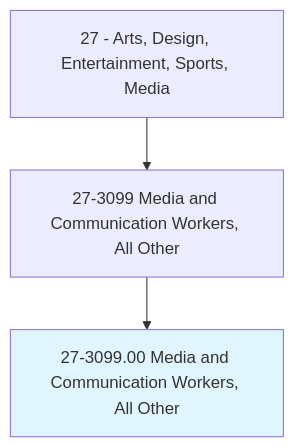
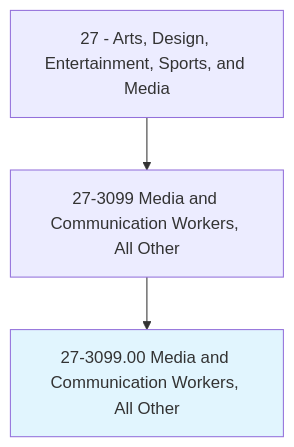
Before and after one commit to kziemski/business.org.ai: the first of 4 diagrams in occupations/ArtsMedia/MediaAndCommunicationWorkers.mdx, drawn with Mermaid. The commit also changed other lines of this file and 938 other files, not shown here.

````diff
--- a/occupations/ArtsMedia/MediaAndCommunicationWorkers.mdx
+++ b/occupations/ArtsMedia/MediaAndCommunicationWorkers.mdx
@@ -19,6 +23,6 @@
 ```mermaid
 graph TD
-    Cat27["27 - Arts, Design, Entertainment, Sports, Media"] --> Group273099["27-3099 Media and Communication Workers, All Other"]
+    Cat27["27 - Arts, Design, Entertainment, Sports, and Media"] --> Group273099["27-3099 Media and Communication Workers, All Other"]
     Group273099 --> Current["27-3099.00 Media and Communication Workers, All Other"]
     style Current fill:#e1f5fe
 ```
````
